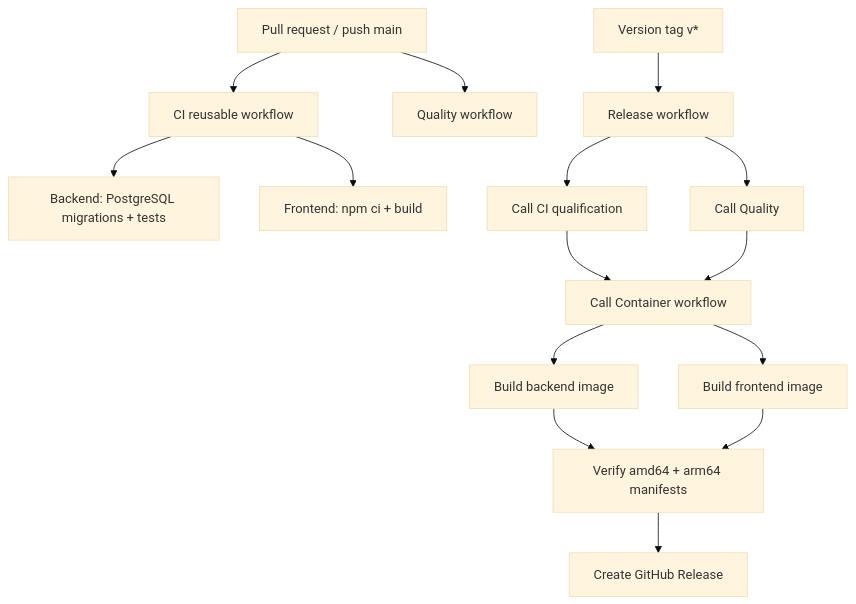
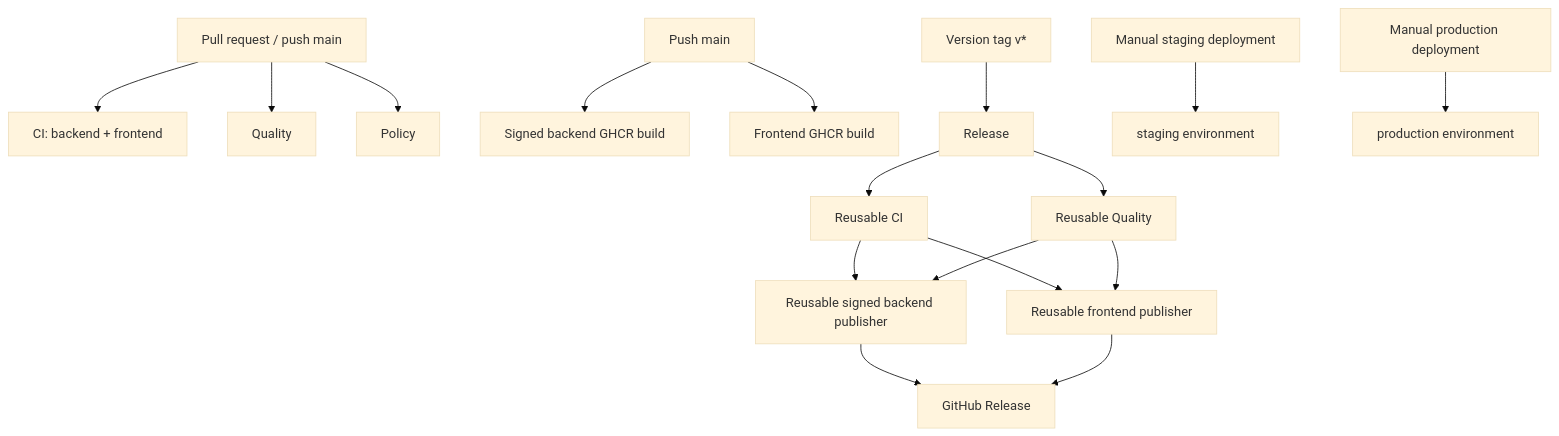
The diagram in docs/operations/GITHUB_ACTIONS_PIPELINES.md (nyeinpyaesone-ui/ERP03), drawn with Mermaid (base theme) before and after one commit. The commit also changed other lines of this file, not shown here.

Commit message:
docs(ci): document signed image and environment deployment contracts

````diff
--- a/docs/operations/GITHUB_ACTIONS_PIPELINES.md
+++ b/docs/operations/GITHUB_ACTIONS_PIPELINES.md
@@ -8,17 +8,19 @@
 ```mermaid
 flowchart TD
-  PR[Pull request / push to main] --> CI[CI reusable workflow]
-  CI --> B[Backend: PostgreSQL migrations + tests]
-  CI --> F[Frontend: npm ci + build]
-  PR[Pull request / push main] --> Q[Quality workflow]
-  TAG[Version tag v*] --> R[Release workflow]
-  R --> CI2[Call CI qualification]
-  R --> Q2[Call Quality]
-  CI2 --> C[Call Container workflow]
-  Q2 --> C
-  C --> BE[Build backend image]
-  C --> FE[Build frontend image]
-  BE --> VERIFY[Verify amd64 + arm64 manifests]
-  FE --> VERIFY
-  VERIFY --> GH[Create GitHub Release]
+  PR[Pull request / push main] --> CI[CI: backend + frontend]
+  PR --> Q[Quality]
+  PR --> P[Policy]
+  MAIN[Push main] --> DB[Signed backend GHCR build]
+  MAIN --> DF[Frontend GHCR build]
+  TAG[Version tag v*] --> R[Release]
+  R --> CI2[Reusable CI]
+  R --> Q2[Reusable Quality]
+  CI2 --> DB2[Reusable signed backend publisher]
+  Q2 --> DB2
+  CI2 --> DF2[Reusable frontend publisher]
+  Q2 --> DF2
+  DB2 --> REL[GitHub Release]
+  DF2 --> REL
+  ST[Manual staging deployment] --> STE[staging environment]
+  PROD[Manual production deployment] --> PRE[production environment]
 ```
````
